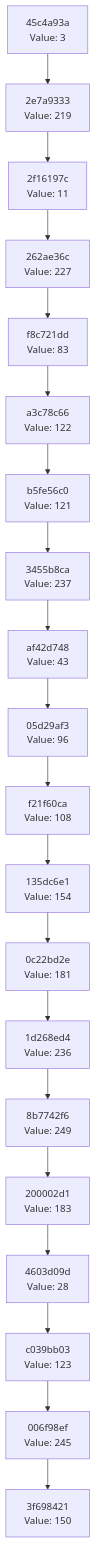
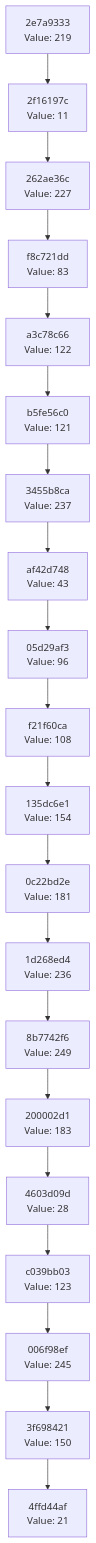
Before and after one commit to Abhisheksinha1506/hash-chain-evolver: the diagram in docs/CHAIN_VISUALIZATION.md, drawn with Mermaid. The commit also changed 3 other files, not shown here.

````diff
--- a/docs/CHAIN_VISUALIZATION.md
+++ b/docs/CHAIN_VISUALIZATION.md
@@ -3,42 +3,42 @@
 ```mermaid
 graph TD
-    C0["3f698421<br/>Value: 150"]
-    C1["006f98ef<br/>Value: 245"]
+    C0["4ffd44af<br/>Value: 21"]
+    C1["3f698421<br/>Value: 150"]
     C1 --> C0
-    C2["c039bb03<br/>Value: 123"]
+    C2["006f98ef<br/>Value: 245"]
     C2 --> C1
-    C3["4603d09d<br/>Value: 28"]
+    C3["c039bb03<br/>Value: 123"]
     C3 --> C2
-    C4["200002d1<br/>Value: 183"]
+    C4["4603d09d<br/>Value: 28"]
     C4 --> C3
-    C5["8b7742f6<br/>Value: 249"]
+    C5["200002d1<br/>Value: 183"]
     C5 --> C4
-    C6["1d268ed4<br/>Value: 236"]
+    C6["8b7742f6<br/>Value: 249"]
     C6 --> C5
-    C7["0c22bd2e<br/>Value: 181"]
+    C7["1d268ed4<br/>Value: 236"]
     C7 --> C6
-    C8["135dc6e1<br/>Value: 154"]
+    C8["0c22bd2e<br/>Value: 181"]
     C8 --> C7
-    C9["f21f60ca<br/>Value: 108"]
+    C9["135dc6e1<br/>Value: 154"]
     C9 --> C8
-    C10["05d29af3<br/>Value: 96"]
+    C10["f21f60ca<br/>Value: 108"]
     C10 --> C9
-    C11["af42d748<br/>Value: 43"]
+    C11["05d29af3<br/>Value: 96"]
     C11 --> C10
-    C12["3455b8ca<br/>Value: 237"]
+    C12["af42d748<br/>Value: 43"]
     C12 --> C11
-    C13["b5fe56c0<br/>Value: 121"]
+    C13["3455b8ca<br/>Value: 237"]
     C13 --> C12
-    C14["a3c78c66<br/>Value: 122"]
+    C14["b5fe56c0<br/>Value: 121"]
     C14 --> C13
-    C15["f8c721dd<br/>Value: 83"]
+    C15["a3c78c66<br/>Value: 122"]
     C15 --> C14
-    C16["262ae36c<br/>Value: 227"]
+    C16["f8c721dd<br/>Value: 83"]
     C16 --> C15
-    C17["2f16197c<br/>Value: 11"]
+    C17["262ae36c<br/>Value: 227"]
     C17 --> C16
-    C18["2e7a9333<br/>Value: 219"]
+    C18["2f16197c<br/>Value: 11"]
     C18 --> C17
-    C19["45c4a93a<br/>Value: 3"]
+    C19["2e7a9333<br/>Value: 219"]
     C19 --> C18
 ```
````
